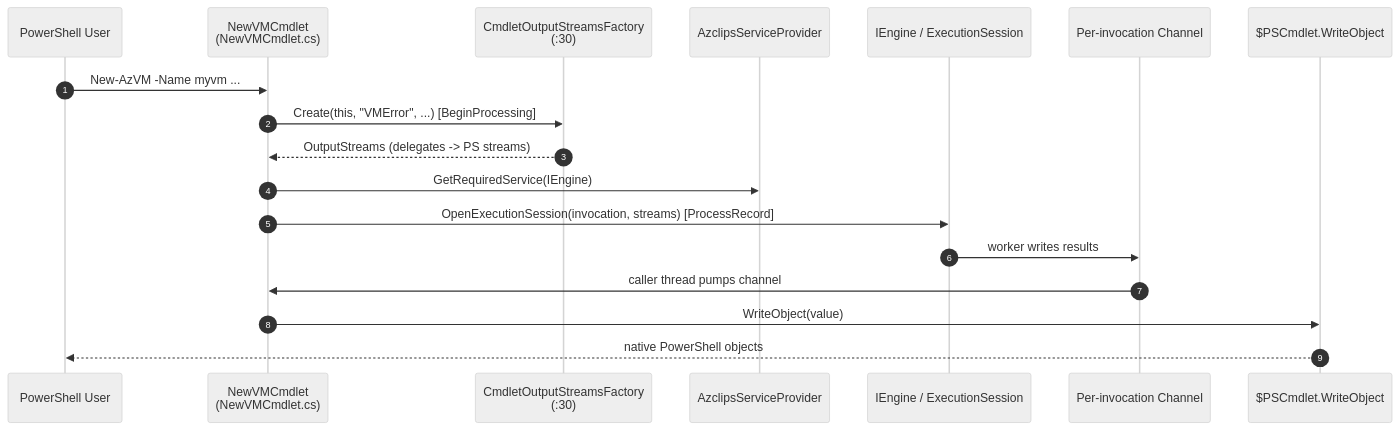
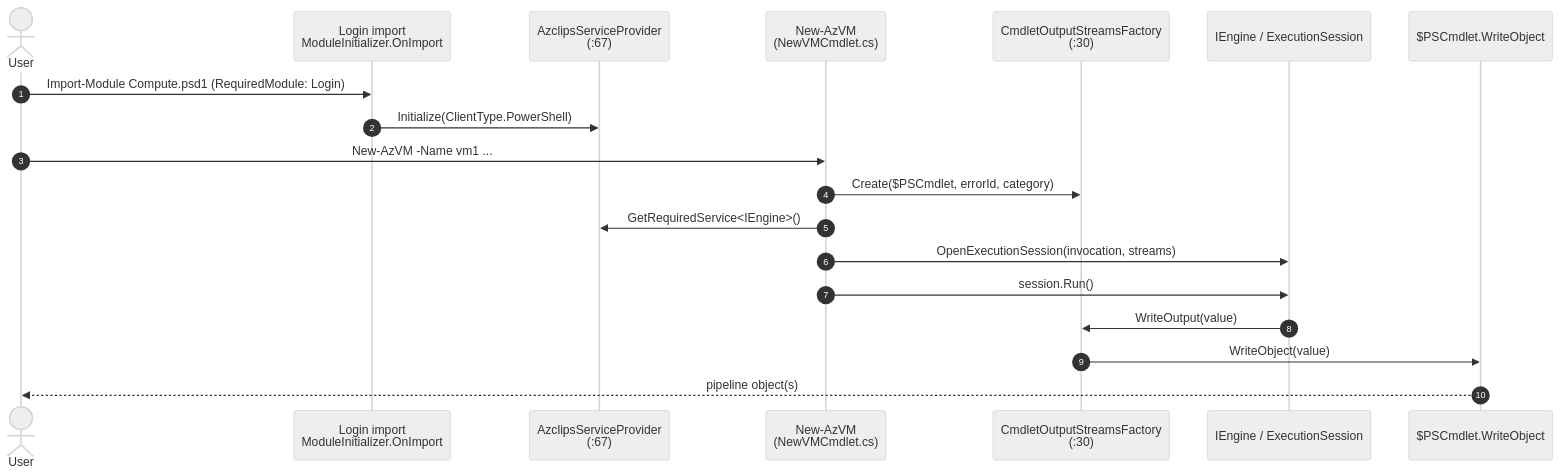
One commit to Azure/azclips changed the second of 2 diagrams in wiki/01-getting-started/powershell-usage.md. Above: the diagram before and after it, drawn with Mermaid (neutral theme). The commit also changed other lines of this file and 34 other files, not shown here.

First line of the commit message:
docs(wiki): refresh generated architecture documentation

````diff
--- a/wiki/01-getting-started/powershell-usage.md
+++ b/wiki/01-getting-started/powershell-usage.md
@@ -72,21 +96,22 @@
 ```mermaid
 sequenceDiagram
     autonumber
-    participant User as PowerShell User
-    participant Cmd as NewVMCmdlet<br>(NewVMCmdlet.cs)
-    participant Factory as CmdletOutputStreamsFactory<br>(:30)
-    participant DI as AzclipsServiceProvider
-    participant Eng as IEngine / ExecutionSession
-    participant Chan as Per-invocation Channel
-    participant PSOut as $PSCmdlet.WriteObject
+    actor User
+    participant Import as Login import<br>ModuleInitializer.OnImport
+    participant DI as AzclipsServiceProvider<br>(:67)
+    participant Cmdlet as New-AzVM<br>(NewVMCmdlet.cs)
+    participant Streams as CmdletOutputStreamsFactory<br>(:30)
+    participant Engine as IEngine / ExecutionSession
+    participant PS as $PSCmdlet.WriteObject
 
-    User->>Cmd: New-AzVM -Name myvm ...
-    Cmd->>Factory: Create(this, "VMError", ...)  [BeginProcessing]
-    Factory-->>Cmd: OutputStreams (delegates -> PS streams)
-    Cmd->>DI: GetRequiredService(IEngine)
-    Cmd->>Eng: OpenExecutionSession(invocation, streams)  [ProcessRecord]
-    Eng->>Chan: worker writes results
-    Chan->>Cmd: caller thread pumps channel
-    Cmd->>PSOut: WriteObject(value)
-    PSOut-->>User: native PowerShell objects
+    User->>Import: Import-Module Compute.psd1 (RequiredModule: Login)
+    Import->>DI: Initialize(ClientType.PowerShell)
+    User->>Cmdlet: New-AzVM -Name vm1 ...
+    Cmdlet->>Streams: Create($PSCmdlet, errorId, category)
+    Cmdlet->>DI: GetRequiredService<IEngine>()
+    Cmdlet->>Engine: OpenExecutionSession(invocation, streams)
+    Cmdlet->>Engine: session.Run()
+    Engine->>Streams: WriteOutput(value)
+    Streams->>PS: WriteObject(value)
+    PS-->>User: pipeline object(s)
 ```
````
